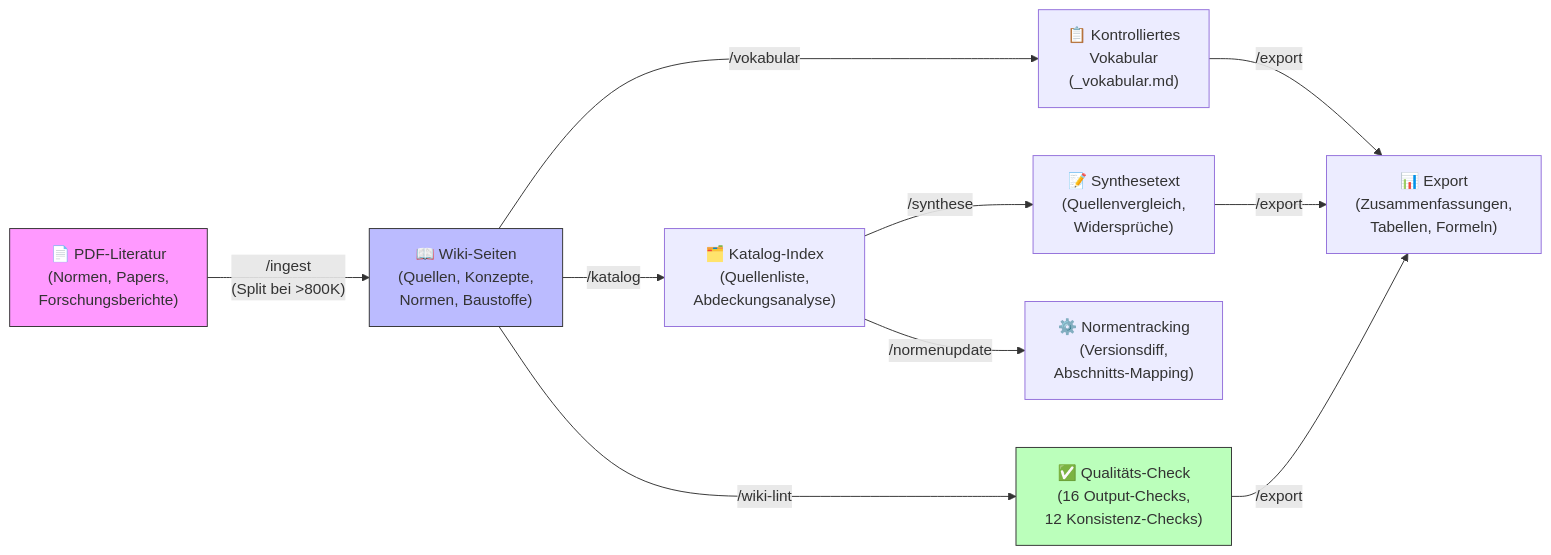
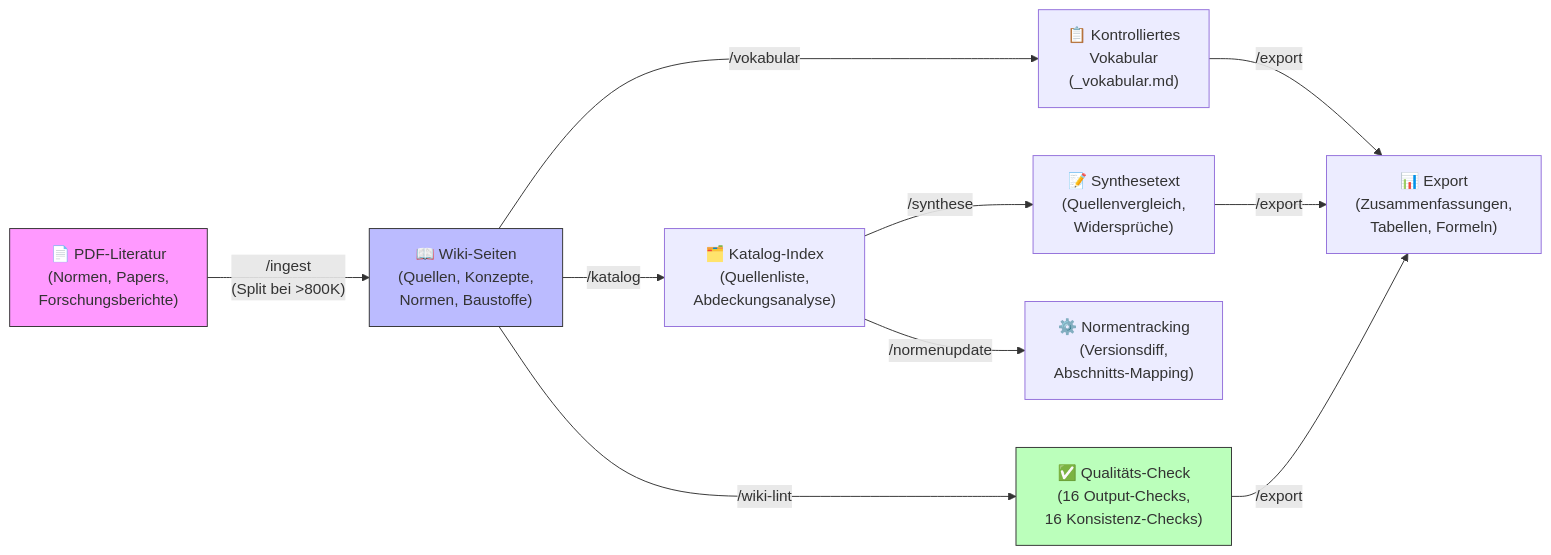
The diagram in ARCHITECTURE.md (Disskaette/llm-wiki), drawn with Mermaid before and after one commit. The commit also changed other lines of this file and 5 other files, not shown here.

First line of the commit message:
feat: Governance-Docs, Konsistenz-Checks, ARCHITECTURE — Dispatch-Templating komplett

````diff
--- a/ARCHITECTURE.md
+++ b/ARCHITECTURE.md
@@ -5,16 +5,16 @@
 ```mermaid
 graph LR
     A["📄 PDF-Literatur\n(Normen, Papers,\nForschungsberichte)"] -->|"/ingest\n(Split bei >800K)"| B["📖 Wiki-Seiten\n(Quellen, Konzepte,\nNormen, Baustoffe)"]
     B -->|/vokabular| C["📋 Kontrolliertes\nVokabular\n(_vokabular.md)"]
     B -->|/katalog| D["🗂️ Katalog-Index\n(Quellenliste,\nAbdeckungsanalyse)"]
-    B -->|/wiki-lint| E["✅ Qualitäts-Check\n(16 Output-Checks,\n12 Konsistenz-Checks)"]
+    B -->|/wiki-lint| E["✅ Qualitäts-Check\n(16 Output-Checks,\n16 Konsistenz-Checks)"]
     D -->|/synthese| F["📝 Synthesetext\n(Quellenvergleich,\nWidersprüche)"]
     F -->|/export| G["📊 Export\n(Zusammenfassungen,\nTabellen, Formeln)"]
     E -->|/export| G
     C -->|/export| G
     D -->|/normenupdate| H["⚙️ Normentracking\n(Versionsdiff,\nAbschnitts-Mapping)"]
 
     style A fill:#f9f,stroke:#333
     style B fill:#bbf,stroke:#333
     style E fill:#bfb,stroke:#333
 ```
````
